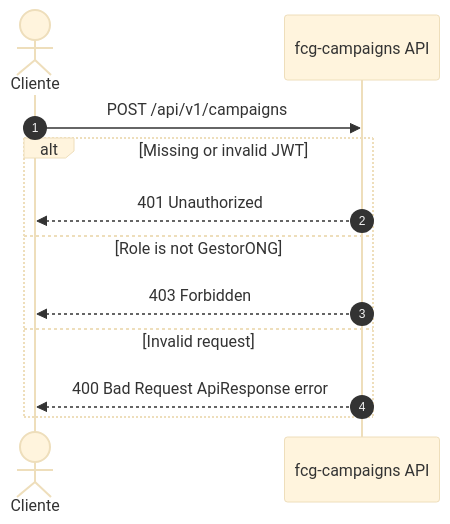
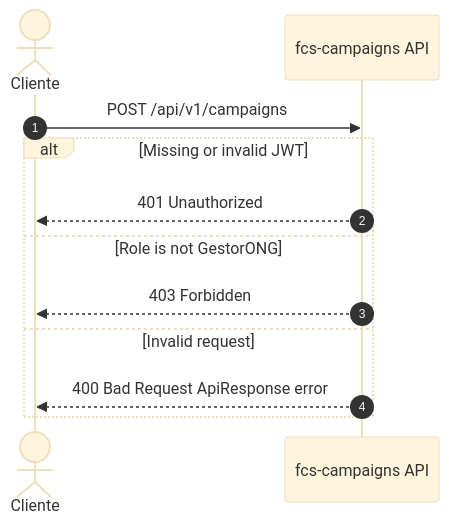
One commit to group10-tc-01/fcs-fase05-docs changed the tenth of 30 diagrams in architecture/endpoint-flows.md. Above: the diagram before and after it, drawn with Mermaid (base theme). The commit also changed other lines of this file and 36 other files, not shown here.

Commit message:
chore: renomado de: {fcg-|fcg.} para: {fcs-|fcs.} em todos os projetos e referências

````diff
--- a/architecture/endpoint-flows.md
+++ b/architecture/endpoint-flows.md
@@ -195,15 +195,15 @@
 ```mermaid
 sequenceDiagram
     autonumber
     actor Client as Cliente
-    participant CampaignsApi as fcg-campaigns API
+    participant CampaignsApi as fcs-campaigns API
 
     Client->>CampaignsApi: POST /api/v1/campaigns
     alt Missing or invalid JWT
         CampaignsApi-->>Client: 401 Unauthorized
     else Role is not GestorONG
         CampaignsApi-->>Client: 403 Forbidden
     else Invalid request
         CampaignsApi-->>Client: 400 Bad Request ApiResponse error
     end
 ```
````
